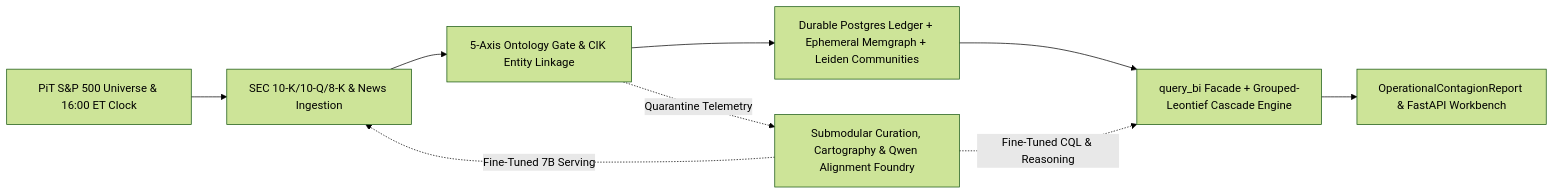
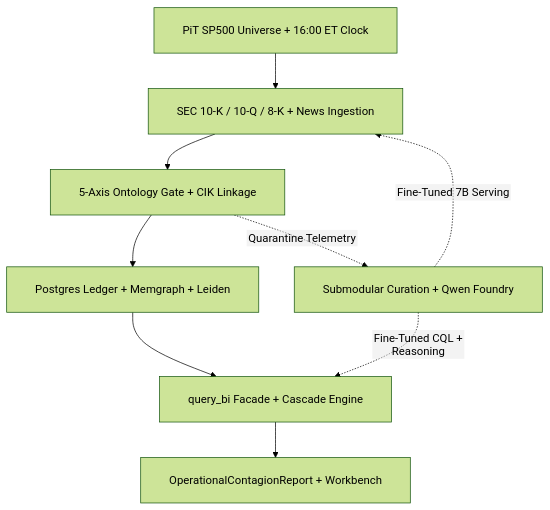
The diagram in README.md (CamiloEmiliano/YarnBall), drawn with Mermaid (forest theme) before and after one commit. The commit also changed 6 other files, not shown here.

Commit message:
docs(technical-report): fix Mermaid rendering, Monograph numbering, notation, and Ch.0 layout

````diff
--- a/README.md
+++ b/README.md
@@ -7,11 +7,12 @@
 ```mermaid
-flowchart LR
-    A["PiT S&P 500 Universe & 16:00 ET Clock"] --> B["SEC 10-K/10-Q/8-K & News Ingestion"]
-    B --> C["5-Axis Ontology Gate & CIK Entity Linkage"]
-    C --> D["Durable Postgres Ledger + Ephemeral Memgraph + Leiden Communities"]
-    D --> E["query_bi Facade + Grouped-Leontief Cascade Engine"]
-    E --> F["OperationalContagionReport & FastAPI Workbench"]
-    C -.->|"Quarantine Telemetry"| G["Submodular Curation, Cartography & Qwen Alignment Foundry"]
+%%{init: {"flowchart": {"htmlLabels": false, "wrappingWidth": 420, "padding": 20}}}%%
+flowchart TD
+    A["PiT SP500 Universe + 16:00 ET Clock"] --> B["SEC 10-K / 10-Q / 8-K + News Ingestion"]
+    B --> C["5-Axis Ontology Gate + CIK Linkage"]
+    C --> D["Postgres Ledger + Memgraph + Leiden"]
+    D --> E["query_bi Facade + Cascade Engine"]
+    E --> F["OperationalContagionReport + Workbench"]
+    C -.->|"Quarantine Telemetry"| G["Submodular Curation + Qwen Foundry"]
     G -.->|"Fine-Tuned 7B Serving"| B
-    G -.->|"Fine-Tuned CQL & Reasoning"| E
+    G -.->|"Fine-Tuned CQL + Reasoning"| E
 ```
````
